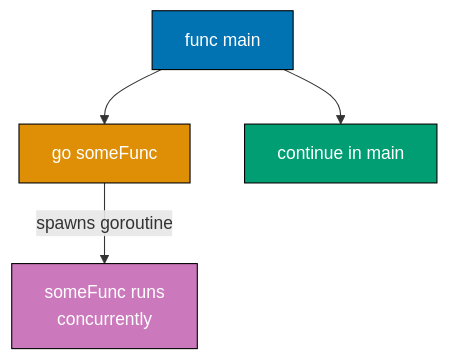
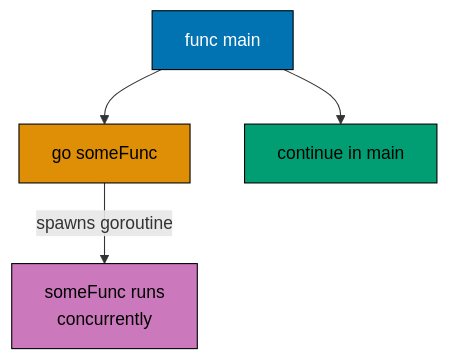
The third of 12 diagrams in apps/ayokoding-www/content/en/learn/legacy/software-engineering/programming-languages/golang/by-example/intermediate.md (wahidyankf/ose-public), drawn with Mermaid before and after one commit. The commit also changed other lines of this file and 112 other files, not shown here.

First line of the commit message:
fix(mermaid): bring the legacy programming-languages diagrams onto the accessible palette

````diff
--- a/apps/ayokoding-www/content/en/learn/legacy/software-engineering/programming-languages/golang/by-example/intermediate.md
+++ b/apps/ayokoding-www/content/en/learn/legacy/software-engineering/programming-languages/golang/by-example/intermediate.md
@@ -413,17 +427,24 @@
 ```mermaid
 %% Color Palette: Blue #0173B2, Orange #DE8F05, Teal #029E73, Purple #CC78BC, Brown #CA9161
 graph TD
+    accTitle: Example 34: Goroutines
+    accDescr: Graph with 4 nodes and 3 connections. Nodes: func main, go someFunc, continue in main, someFunc runs concurrently. Connections: func main to go someFunc, go someFunc to someFunc runs concurrently (spawns goroutine), func main to continue in main.
     A["func main"]
     B["go someFunc"]
     C["continue in main"]
     D["someFunc runs<br/>concurrently"]
 
     A --> B
     B -->|spawns goroutine| D
     A --> C
 
-    style A fill:#0173B2,stroke:#000,color:#fff
-    style B fill:#DE8F05,stroke:#000,color:#fff
-    style C fill:#029E73,stroke:#000,color:#fff
-    style D fill:#CC78BC,stroke:#000,color:#fff
+    classDef pal-0173B2 fill:#0173B2,stroke:#000000,color:#FFFFFF
+    class A pal-0173B2
+    classDef pal-DE8F05 fill:#DE8F05,stroke:#000000,color:#000000
+    class B pal-DE8F05
+    classDef pal-029E73 fill:#029E73,stroke:#000000,color:#000000
+    class C pal-029E73
+    classDef pal-CC78BC fill:#CC78BC,stroke:#000000,color:#000000
+    class D pal-CC78BC
+    classDef default fill:#FFFFFF,stroke:#000000,color:#000000
 ```
````
